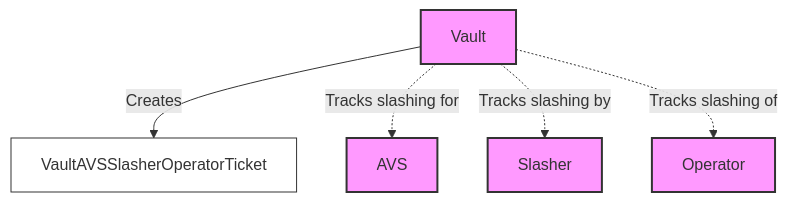
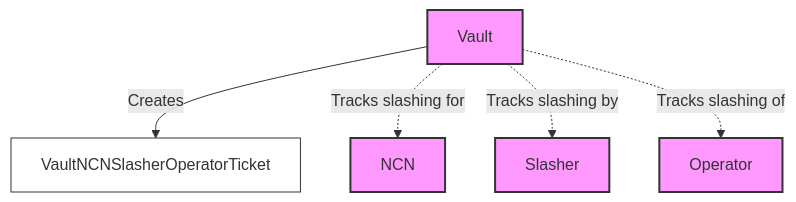
The fourth of 4 diagrams in docs/concepts/vault_program.md (jito-foundation/restaking), drawn with Mermaid before and after one commit. The commit also changed other lines of this file and 61 other files, not shown here.

Commit message:
rename avs -> ncn

````diff
--- a/docs/concepts/vault_program.md
+++ b/docs/concepts/vault_program.md
@@ -90,14 +90,14 @@
 ```mermaid
 graph TD
     classDef main fill: #f9f, stroke: #333, stroke-width: 2px;
     classDef ticket fill: #fff, stroke: #333, stroke-width: 1px;
     Vault[Vault]:::main
-    AVS[AVS]:::main
+    NCN[NCN]:::main
     Slasher[Slasher]:::main
     Operator[Operator]:::main
-    VaultAvsSlasherOperatorTicket[VaultAVSSlasherOperatorTicket]:::ticket
-    Vault -->|Creates| VaultAvsSlasherOperatorTicket
-    Vault -.->|Tracks slashing for| AVS
+    VaultNcnSlasherOperatorTicket[VaultNCNSlasherOperatorTicket]:::ticket
+    Vault -->|Creates| VaultNcnSlasherOperatorTicket
+    Vault -.->|Tracks slashing for| NCN
     Vault -.->|Tracks slashing by| Slasher
     Vault -.->|Tracks slashing of| Operator
 ```
````
